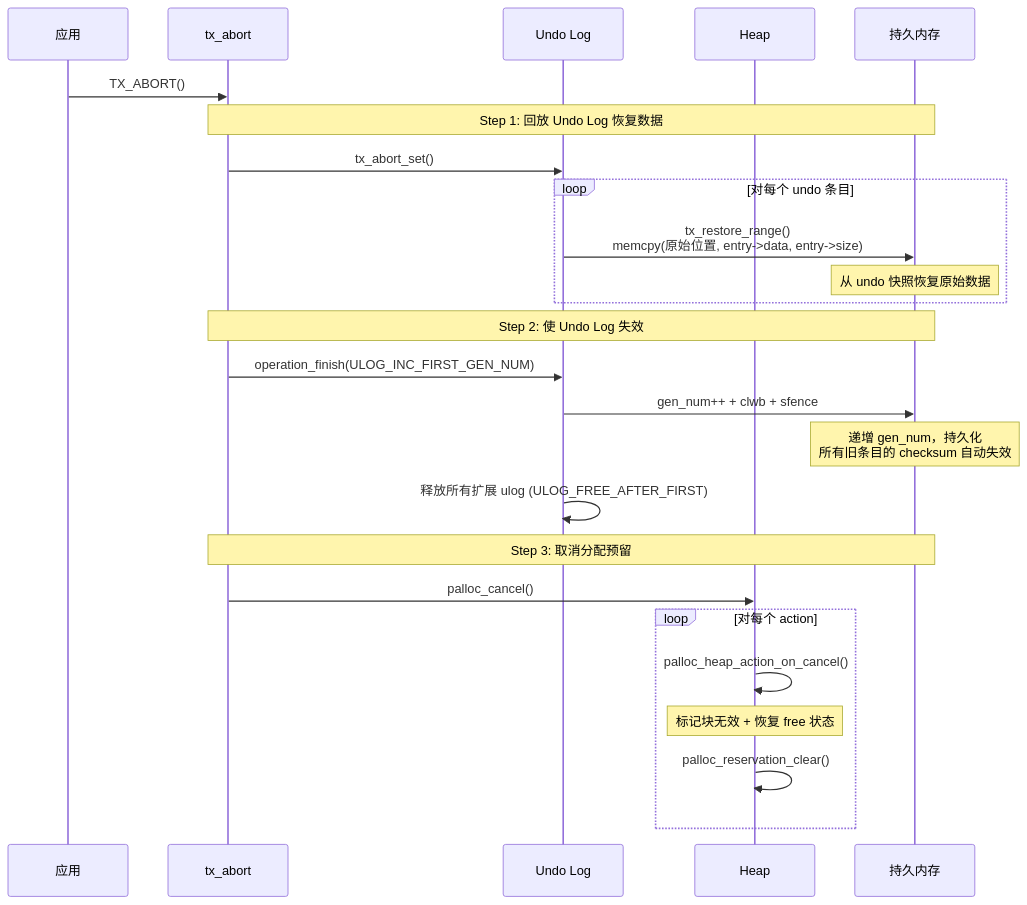
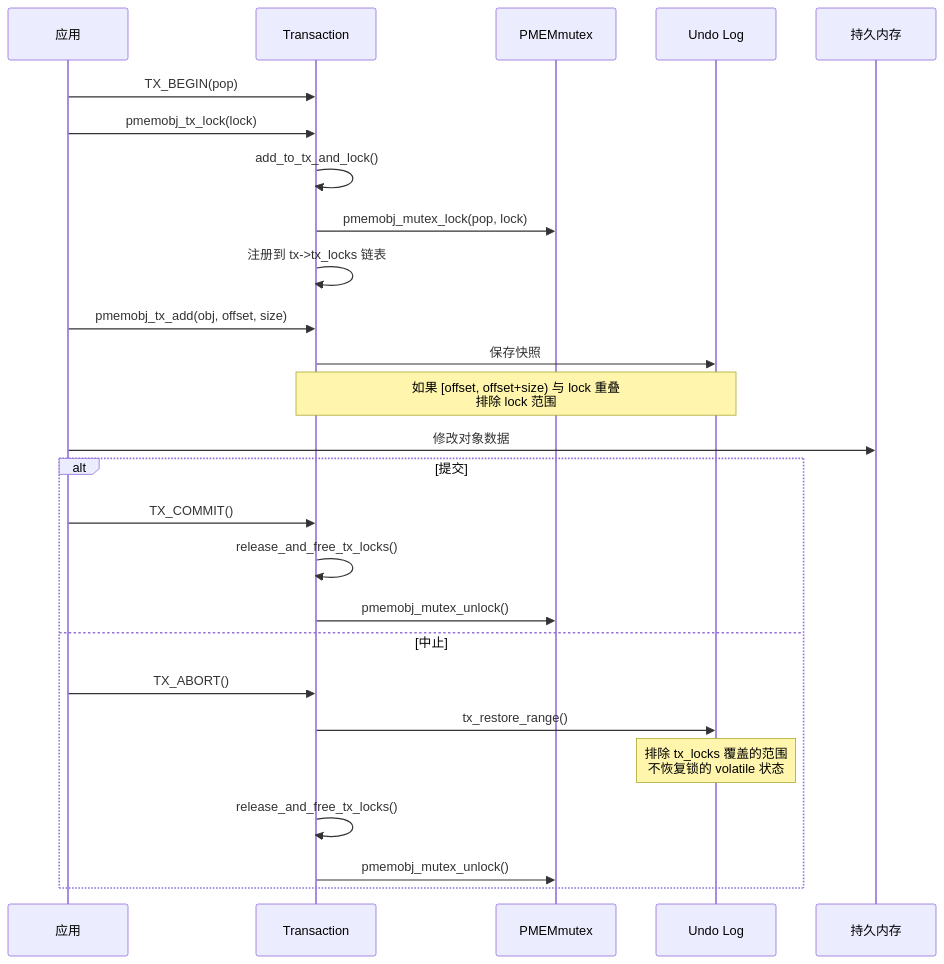
Before and after one commit to carlvinhust2012/MyStudy: the eighth of 14 diagrams in Storage/daos/pmdk的一致性分析.md, drawn with Mermaid. The commit also changed other lines of this file, not shown here.

````diff
--- a/Storage/daos/pmdk的一致性分析.md
+++ b/Storage/daos/pmdk的一致性分析.md
@@ -325,35 +424,33 @@
 ```mermaid
 sequenceDiagram
     participant APP as 应用
-    participant TX as tx_abort
+    participant TX as Transaction
+    participant LOCK as PMEMmutex
     participant UNDO as Undo Log
-    participant HEAP as Heap
     participant PMEM as 持久内存
 
-    APP->>TX: TX_ABORT()
+    APP->>TX: TX_BEGIN(pop)
 
-    Note over TX,PMEM: Step 1: 回放 Undo Log 恢复数据
+    APP->>TX: pmemobj_tx_lock(lock)
+    TX->>TX: add_to_tx_and_lock()
+    TX->>LOCK: pmemobj_mutex_lock(pop, lock)
+    TX->>TX: 注册到 tx->tx_locks 链表
 
-    TX->>UNDO: tx_abort_set()
-    loop 对每个 undo 条目
-        UNDO->>PMEM: tx_restore_range()<br/>memcpy(原始位置, entry->data, entry->size)
-        Note over PMEM: 从 undo 快照恢复原始数据
-    end
+    APP->>TX: pmemobj_tx_add(obj, offset, size)
+    TX->>UNDO: 保存快照
+    Note over TX,UNDO: 如果 [offset, offset+size) 与 lock 重叠<br/>排除 lock 范围
 
-    Note over TX,PMEM: Step 2: 使 Undo Log 失效
+    APP->>PMEM: 修改对象数据
 
-    TX->>UNDO: operation_finish(ULOG_INC_FIRST_GEN_NUM)
-    UNDO->>PMEM: gen_num++ + clwb + sfence
-    Note over PMEM: 递增 gen_num，持久化<br/>所有旧条目的 checksum 自动失效
-
-    UNDO->>UNDO: 释放所有扩展 ulog (ULOG_FREE_AFTER_FIRST)
-
-    Note over TX,PMEM: Step 3: 取消分配预留
-
-    TX->>HEAP: palloc_cancel()
-    loop 对每个 action
-        HEAP->>HEAP: palloc_heap_action_on_cancel()
-        Note over HEAP: 标记块无效 + 恢复 free 状态
-        HEAP->>HEAP: palloc_reservation_clear()
+    alt 提交
+        APP->>TX: TX_COMMIT()
+        TX->>TX: release_and_free_tx_locks()
+        TX->>LOCK: pmemobj_mutex_unlock()
+    else 中止
+        APP->>TX: TX_ABORT()
+        TX->>UNDO: tx_restore_range()
+        Note over UNDO: 排除 tx_locks 覆盖的范围<br/>不恢复锁的 volatile 状态
+        TX->>TX: release_and_free_tx_locks()
+        TX->>LOCK: pmemobj_mutex_unlock()
     end
 ```
````
